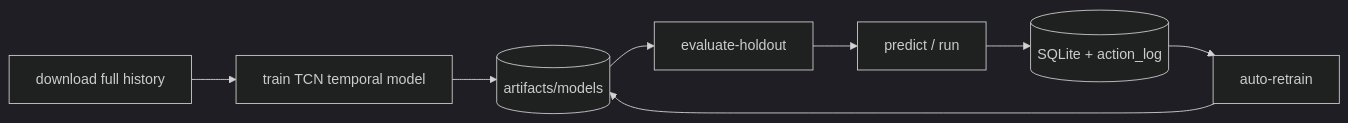
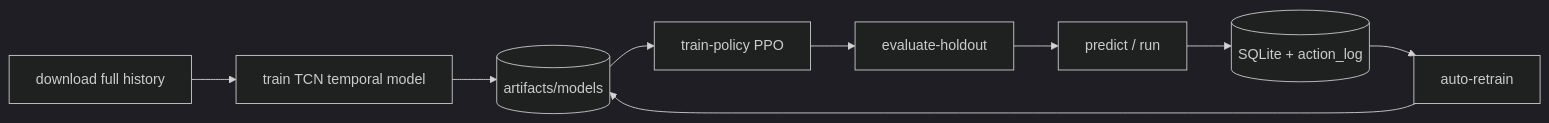
One commit to AsP3X/epochAI changed the diagram in docs/get-started.md. Above: the diagram before and after it, drawn with Mermaid (dark theme). The commit also changed other lines of this file and 8 other files, not shown here.

````diff
--- a/docs/get-started.md
+++ b/docs/get-started.md
@@ -25,6 +25,6 @@
 ```mermaid
 flowchart LR
   DL[download full history] --> TR[train TCN temporal model] --> REG[(artifacts/models)]
-  REG --> EH[evaluate-holdout] --> RUN[predict / run] --> LOG[(SQLite + action_log)]
+  REG --> TP[train-policy PPO] --> EH[evaluate-holdout] --> RUN[predict / run] --> LOG[(SQLite + action_log)]
   LOG --> RT[auto-retrain] --> REG
 ```
````
